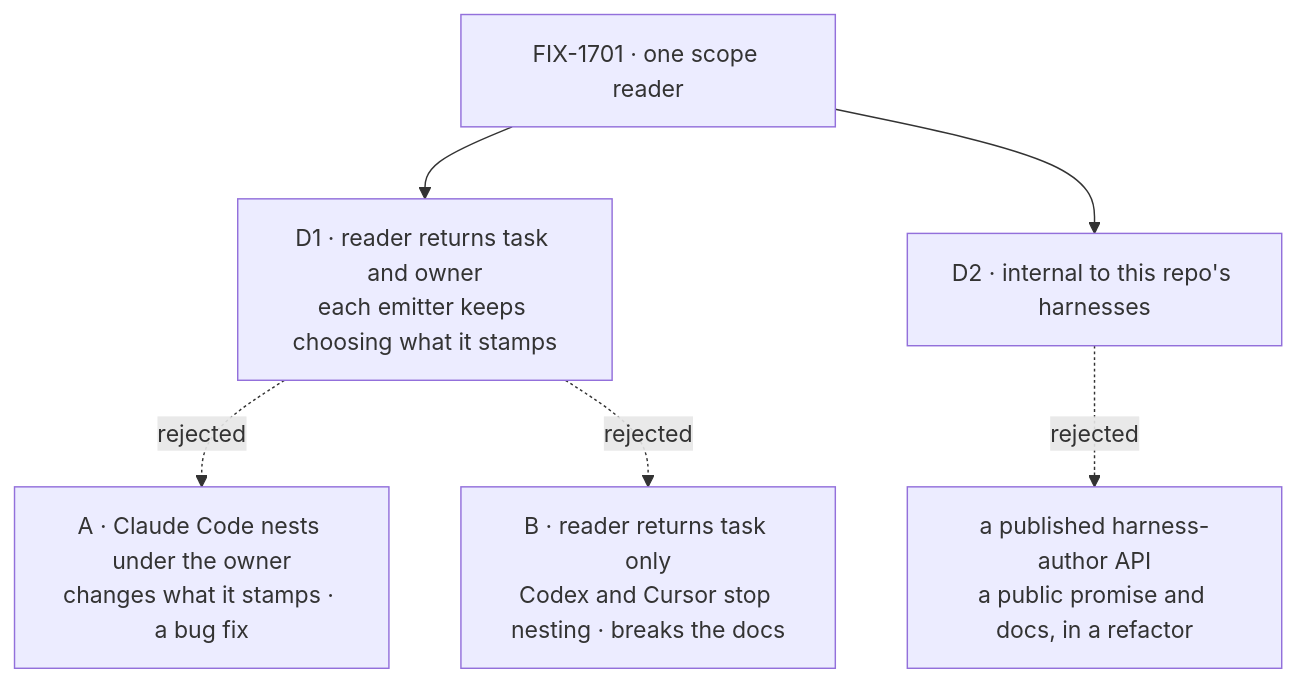
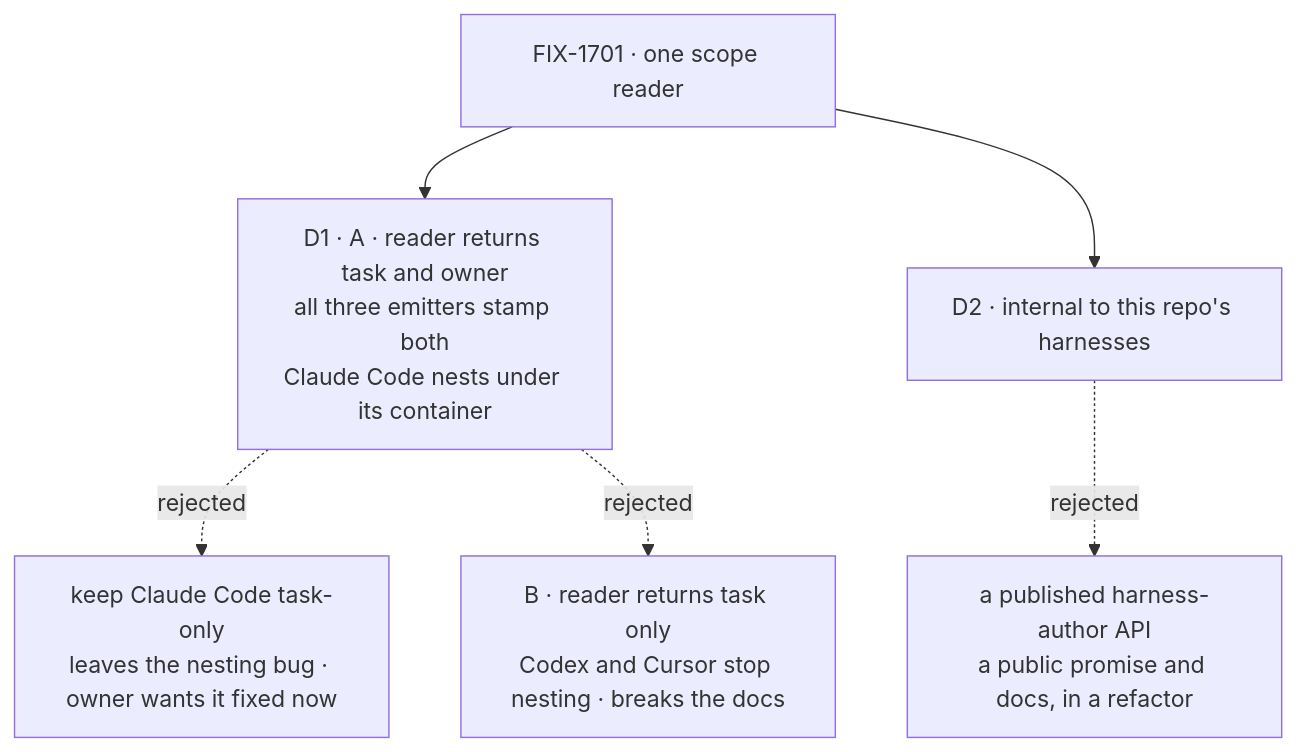
The diagram in specs/issues/FIX-1701/DECISIONS.md (fixpoint-labs/flow-state-dev), drawn with Mermaid before and after one commit. The commit also changed other lines of this file and 6 other files, not shown here.

First line of the commit message:
spec(FIX-1701): adopt D1 option A, Claude Code nests under its container

````diff
--- a/specs/issues/FIX-1701/DECISIONS.md
+++ b/specs/issues/FIX-1701/DECISIONS.md
@@ -9,8 +9,8 @@
 ```mermaid
 flowchart TD
-  I["FIX-1701 · one scope reader"] --> D1["D1 · reader returns task and owner<br/>each emitter keeps choosing what it stamps"]
-  D1 -.->|"rejected"| X1["A · Claude Code nests under the owner<br/>changes what it stamps · a bug fix"]
+  I["FIX-1701 · one scope reader"] --> D1["D1 · A · reader returns task and owner<br/>all three emitters stamp both<br/>Claude Code nests under its container"]
+  D1 -.->|"rejected"| X1["keep Claude Code task-only<br/>leaves the nesting bug · owner wants it fixed now"]
   D1 -.->|"rejected"| X2["B · reader returns task only<br/>Codex and Cursor stop nesting · breaks the docs"]
   I --> D2["D2 · internal to this repo's harnesses"]
   D2 -.->|"rejected"| X3["a published harness-author API<br/>a public promise and docs, in a refactor"]
 ```
````
